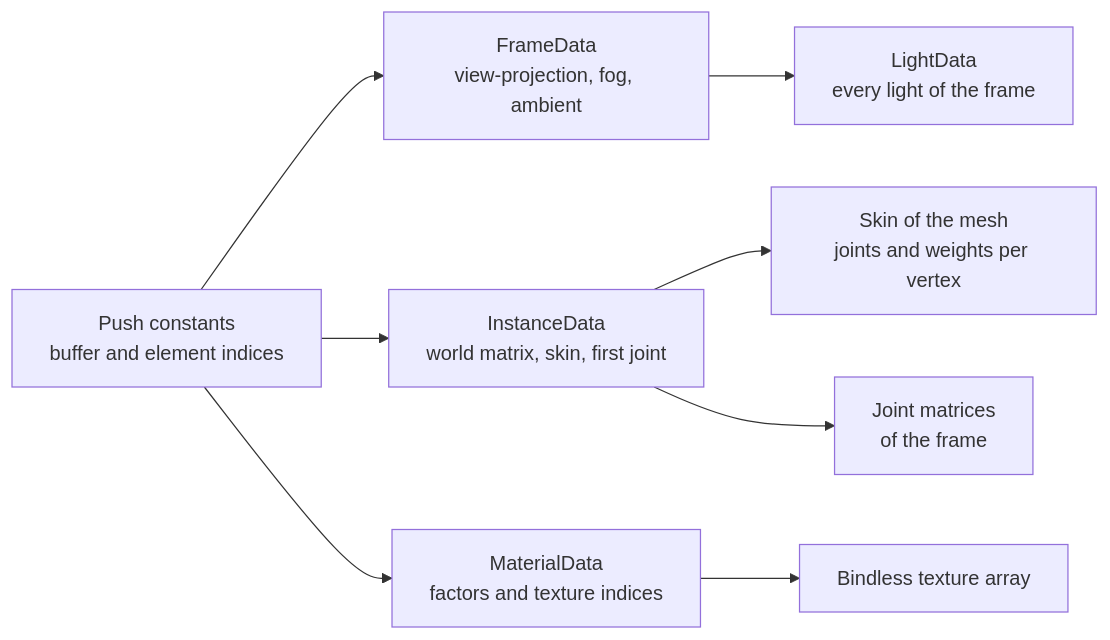
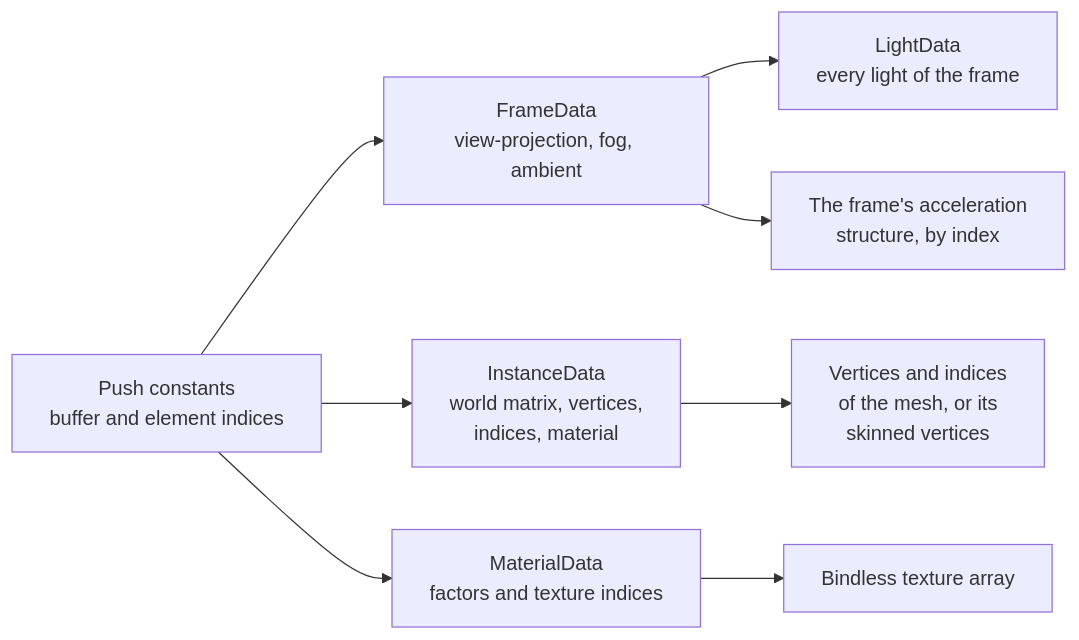
The seventh of 12 diagrams in docs/ARCHITECTURE.md (SBXdev3D/daidalos-engine-next), drawn with Mermaid before and after one commit. The commit also changed other lines of this file and 5 other files, not shown here.

````diff
--- a/docs/ARCHITECTURE.md
+++ b/docs/ARCHITECTURE.md
@@ -159,10 +160,10 @@
 ```mermaid
 flowchart LR
     P["Push constants<br/>buffer and element indices"] --> FB["FrameData<br/>view-projection, fog, ambient"]
     FB --> LB["LightData<br/>every light of the frame"]
-    P --> IB["InstanceData<br/>world matrix, skin, first joint"]
-    IB --> SB["Skin of the mesh<br/>joints and weights per vertex"]
-    IB --> JB["Joint matrices<br/>of the frame"]
+    P --> IB["InstanceData<br/>world matrix, vertices,<br/>indices, material"]
+    IB --> VB["Vertices and indices<br/>of the mesh, or its<br/>skinned vertices"]
     P --> MB["MaterialData<br/>factors and texture indices"]
     MB --> T["Bindless texture array"]
+    FB --> AS["The frame's acceleration<br/>structure, by index"]
 ```
````
